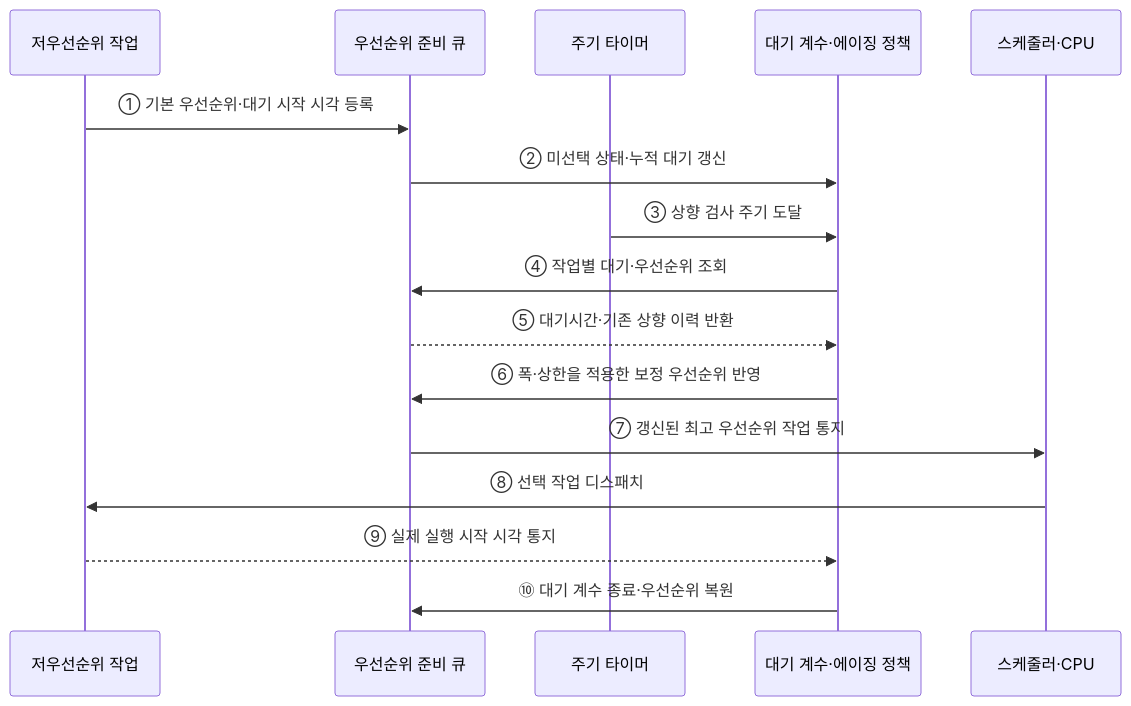
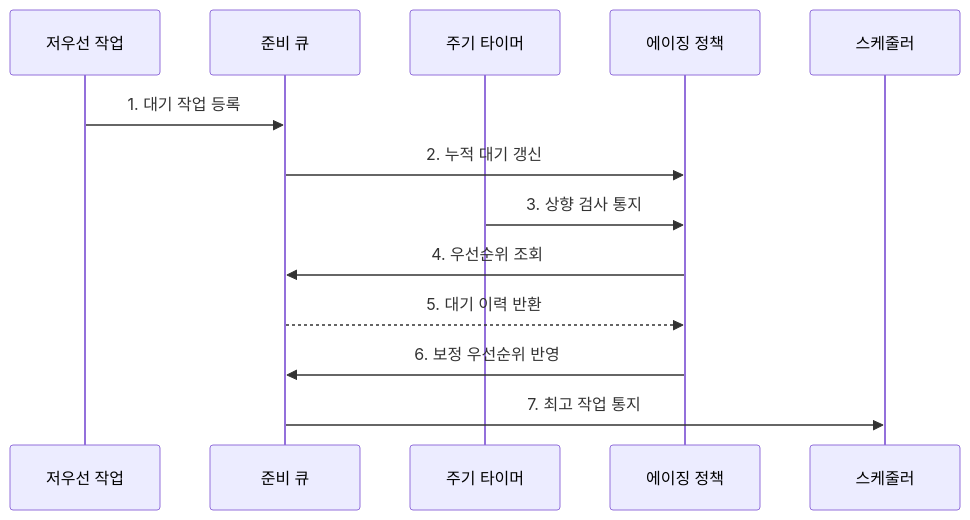
Before and after one commit to agnusdei1207/knowledge-base: the second of 2 diagrams in src/content/docs/notes/03-software/011_starvation_aging.md, drawn with Mermaid. The commit also changed other lines of this file and 20 other files, not shown here.

````diff
--- a/src/content/docs/notes/03-software/011_starvation_aging.md
+++ b/src/content/docs/notes/03-software/011_starvation_aging.md
@@ -76,19 +92,15 @@
 ```mermaid
 sequenceDiagram
-    participant P as 저우선순위 작업
-    participant Q as 우선순위 준비 큐
+    participant P as 저우선 작업
+    participant Q as 준비 큐
     participant T as 주기 타이머
-    participant A as 대기 계수·에이징 정책
-    participant C as 스케줄러·CPU
-
-    P->>Q: ① 기본 우선순위·대기 시작 시각 등록
-    Q->>A: ② 미선택 상태·누적 대기 갱신
-    T->>A: ③ 상향 검사 주기 도달
-    A->>Q: ④ 작업별 대기·우선순위 조회
-    Q-->>A: ⑤ 대기시간·기존 상향 이력 반환
-    A->>Q: ⑥ 폭·상한을 적용한 보정 우선순위 반영
-    Q->>C: ⑦ 갱신된 최고 우선순위 작업 통지
-    C->>P: ⑧ 선택 작업 디스패치
-    P-->>A: ⑨ 실제 실행 시작 시각 통지
-    A->>Q: ⑩ 대기 계수 종료·우선순위 복원
+    participant A as 에이징 정책
+    participant S as 스케줄러
+    P->>Q: 1. 대기 작업 등록
+    Q->>A: 2. 누적 대기 갱신
+    T->>A: 3. 상향 검사 통지
+    A->>Q: 4. 우선순위 조회
+    Q-->>A: 5. 대기 이력 반환
+    A->>Q: 6. 보정 우선순위 반영
+    Q->>S: 7. 최고 작업 통지
 ```
````
